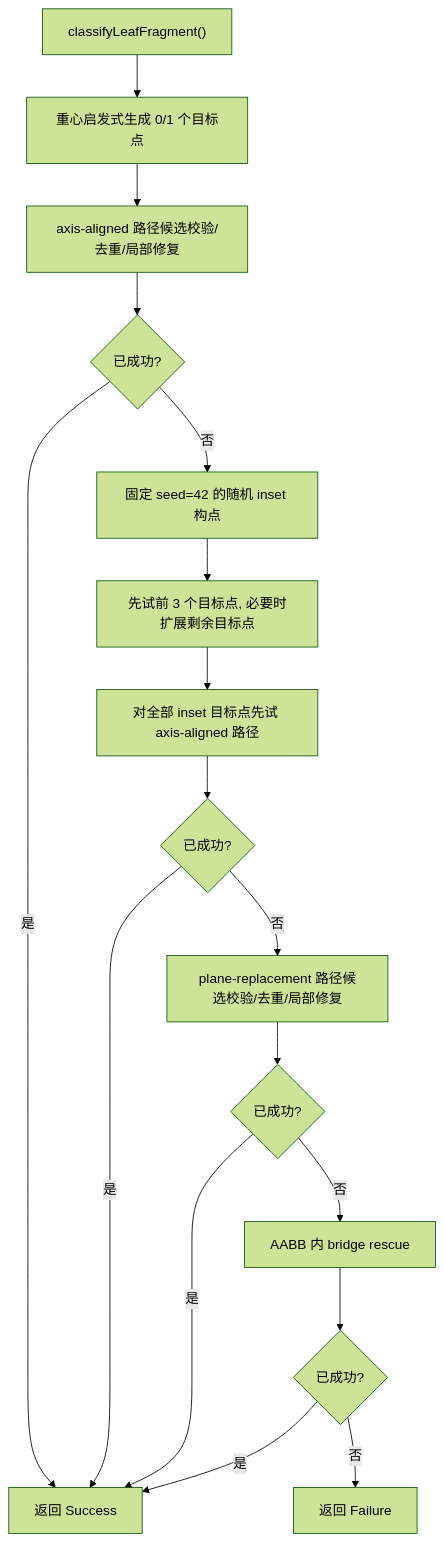
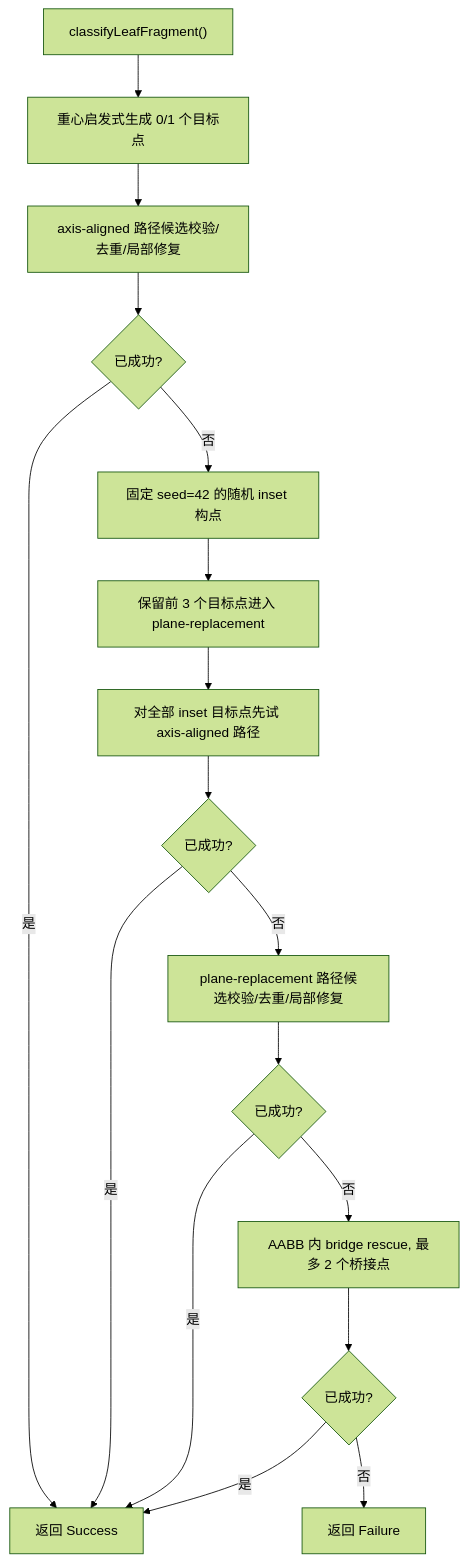
Diagram 12 of 13 in docs/core-logic-flow.md (SDU-YueQiu/re-EMBER), drawn with Mermaid (forest theme) before and after one commit. The commit also changed other lines of this file and 3 other files, not shown here.

````diff
--- a/docs/core-logic-flow.md
+++ b/docs/core-logic-flow.md
@@ -410,19 +411,19 @@
 ```mermaid
 flowchart TD
     A["classifyLeafFragment()"] --> B["重心启发式生成 0/1 个目标点"]
     B --> C["axis-aligned 路径候选校验/去重/局部修复"]
     C --> D{"已成功?"}
     D -->|是| E["返回 Success"]
     D -->|否| F["固定 seed=42 的随机 inset 构点"]
-    F --> G["先试前 3 个目标点, 必要时扩展剩余目标点"]
+    F --> G["保留前 3 个目标点进入 plane-replacement"]
     G --> H["对全部 inset 目标点先试 axis-aligned 路径"]
     H --> I{"已成功?"}
     I -->|是| E
     I -->|否| J["plane-replacement 路径候选校验/去重/局部修复"]
     J --> K{"已成功?"}
     K -->|是| E
-    K -->|否| M["AABB 内 bridge rescue"]
+    K -->|否| M["AABB 内 bridge rescue, 最多 2 个桥接点"]
     M --> N{"已成功?"}
     N -->|是| E
     N -->|否| L["返回 Failure"]
 ```
````
